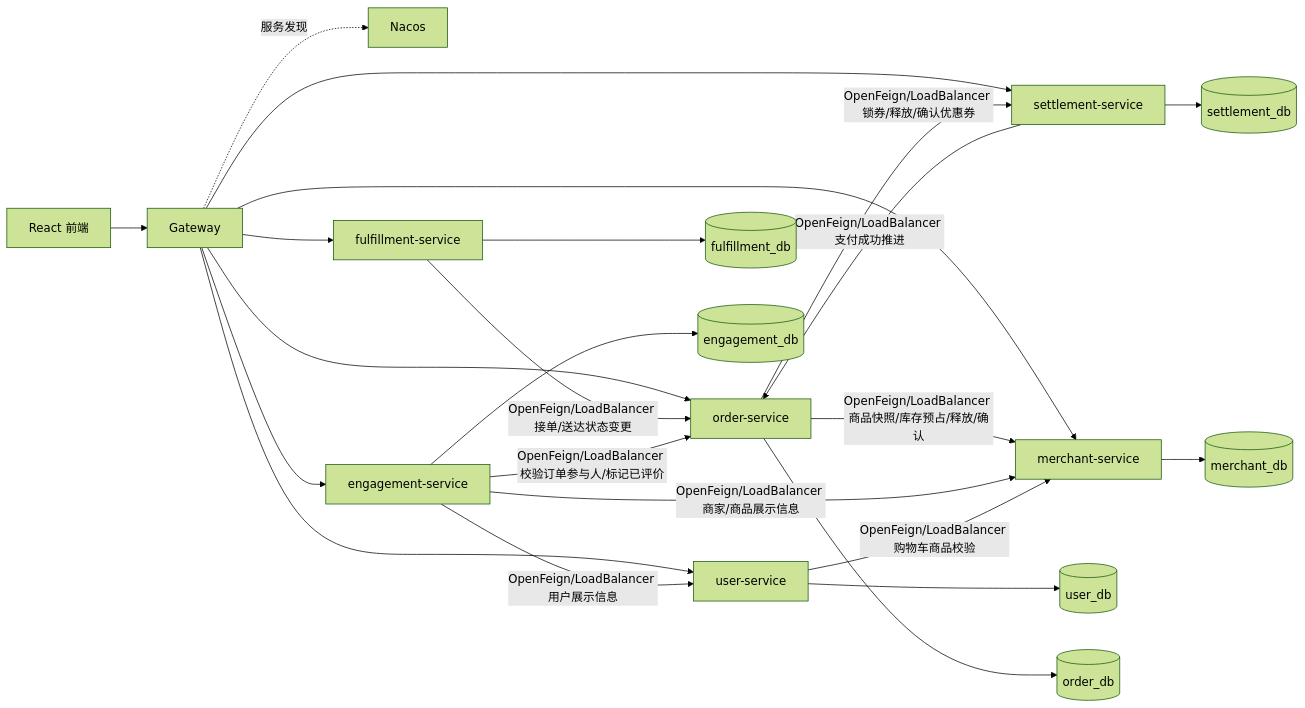
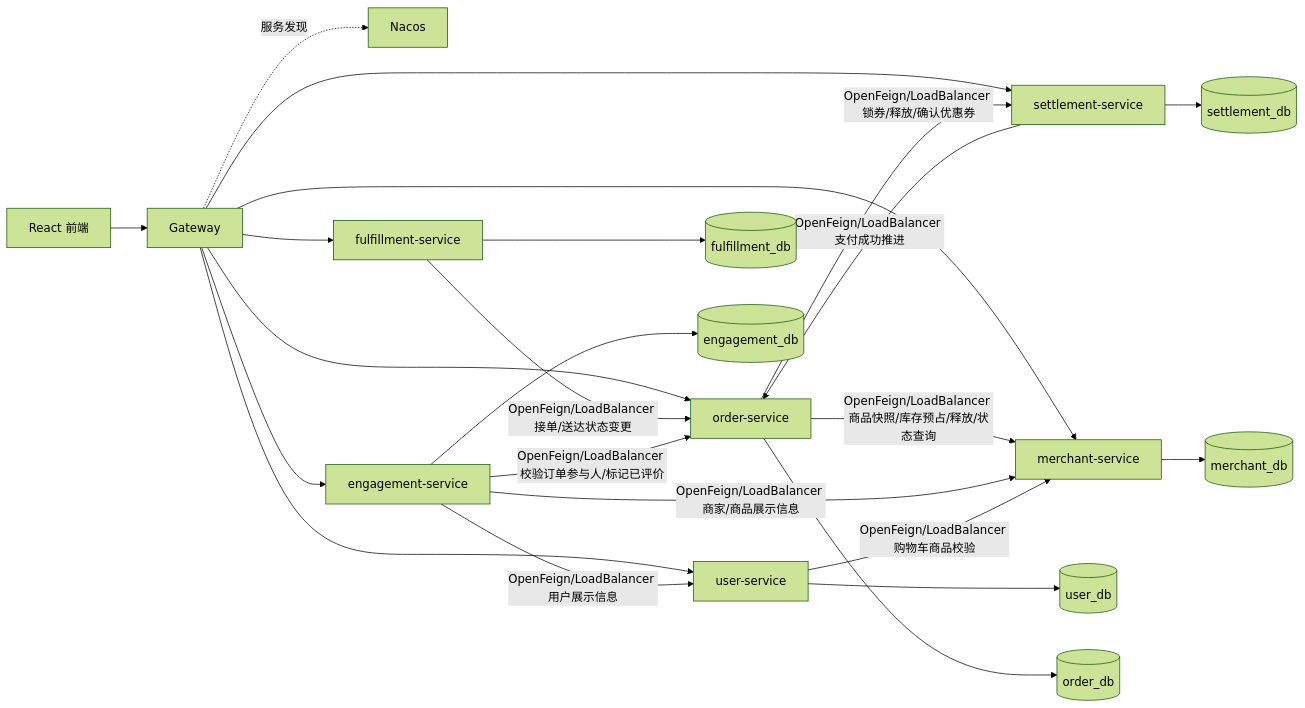
Before and after one commit to Aut-172/BUAA_Summer_Aut_172: the diagram in docs/microservices/owner-a-boundary-plan.md, drawn with Mermaid (forest theme). The commit also changed other lines of this file and 6 other files, not shown here.

````diff
--- a/docs/microservices/owner-a-boundary-plan.md
+++ b/docs/microservices/owner-a-boundary-plan.md
@@ -54,28 +40,28 @@
 ```mermaid
 flowchart LR
     FE[React 前端] --> GW[Gateway]
     GW -.服务发现.-> NACOS[Nacos]
 
     GW --> USER[user-service]
     GW --> MERCHANT[merchant-service]
     GW --> ORDER[order-service]
     GW --> SETTLEMENT[settlement-service]
     GW --> FULFILL[fulfillment-service]
     GW --> ENGAGE[engagement-service]
 
     USER --> USERDB[(user_db)]
     MERCHANT --> MERCHANTDB[(merchant_db)]
     ORDER --> ORDERDB[(order_db)]
     SETTLEMENT --> SETTLEDB[(settlement_db)]
     FULFILL --> FULFILLDB[(fulfillment_db)]
     ENGAGE --> ENGAGEDB[(engagement_db)]
 
-    ORDER -->|OpenFeign/LoadBalancer 商品快照/库存预占/释放/确认| MERCHANT
+    ORDER -->|OpenFeign/LoadBalancer 商品快照/库存预占/释放/状态查询| MERCHANT
     ORDER -->|OpenFeign/LoadBalancer 锁券/释放/确认优惠券| SETTLEMENT
     SETTLEMENT -->|OpenFeign/LoadBalancer 支付成功推进| ORDER
     FULFILL -->|OpenFeign/LoadBalancer 接单/送达状态变更| ORDER
     ENGAGE -->|OpenFeign/LoadBalancer 校验订单参与人/标记已评价| ORDER
     ENGAGE -->|OpenFeign/LoadBalancer 用户展示信息| USER
     ENGAGE -->|OpenFeign/LoadBalancer 商家/商品展示信息| MERCHANT
     USER -->|OpenFeign/LoadBalancer 购物车商品校验| MERCHANT
 ```
````
